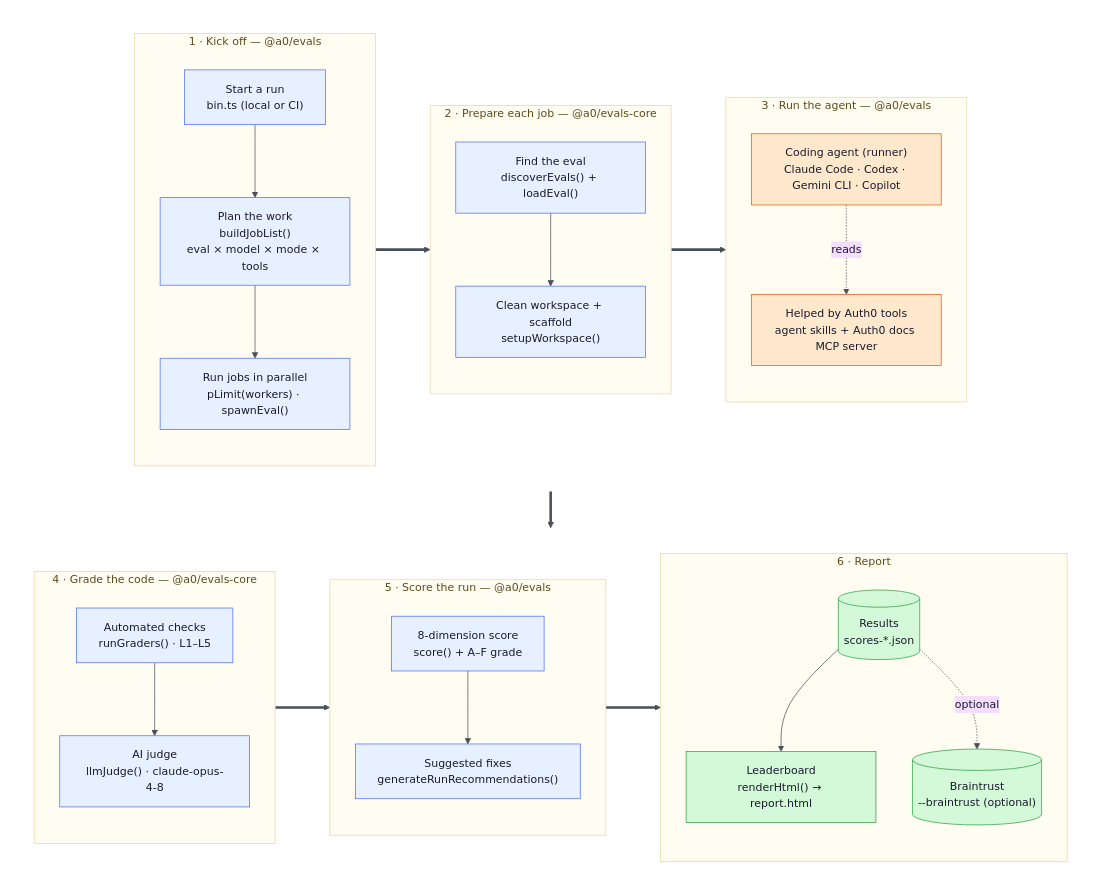
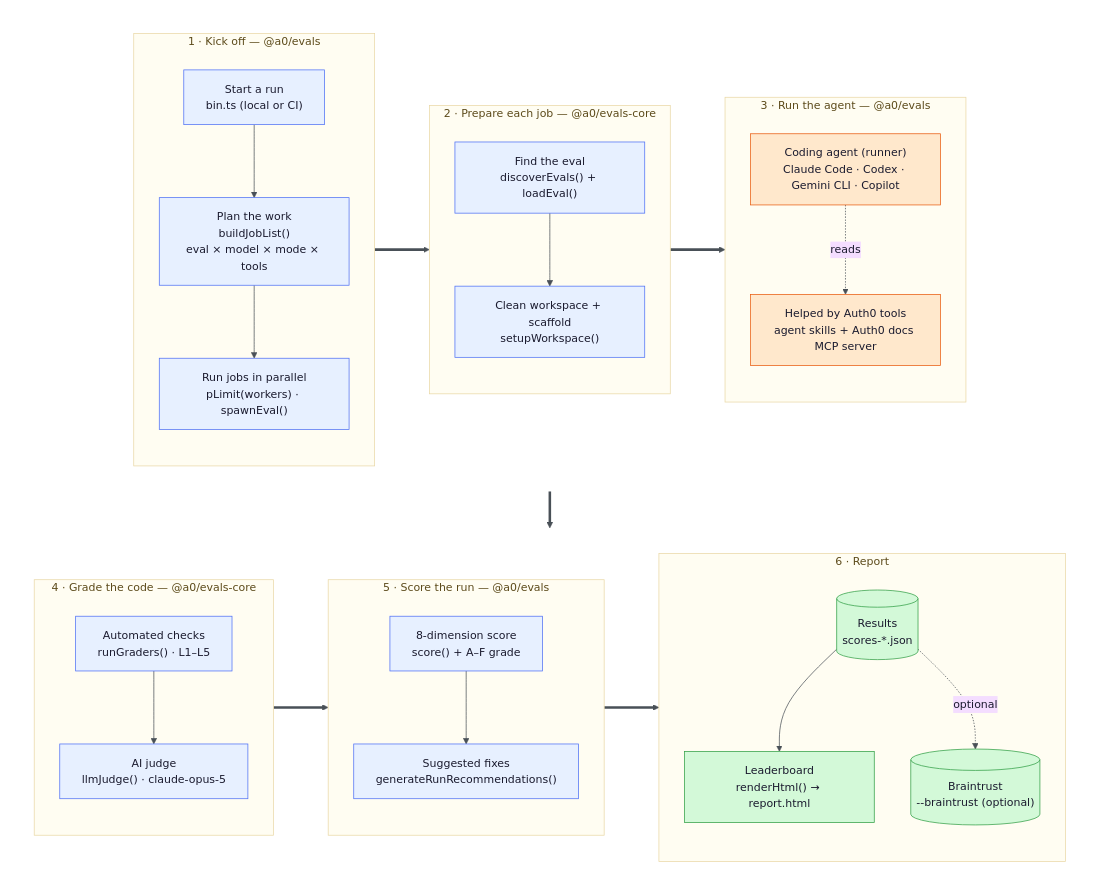
One commit to auth0/auth0-evals changed the first of 2 diagrams in docs/ARCHITECTURE.md. Above: the diagram before and after it, drawn with Mermaid. The commit also changed 9 other files, not shown here.

Commit message:
feat: adopt claude-opus-5 as judge and known model

````diff
--- a/docs/ARCHITECTURE.md
+++ b/docs/ARCHITECTURE.md
@@ -16,77 +16,77 @@
 ```mermaid
 %%{init: {'theme':'base', 'themeVariables': {
   'fontFamily':'ui-sans-serif, system-ui, sans-serif',
   'fontSize':'15px',
   'lineColor':'#495057','primaryTextColor':'#1A1A2E'
 }}}%%
 flowchart TB
     subgraph RowA[" "]
         direction LR
         subgraph CLI["1 · Kick off — @a0/evals"]
             direction TB
             Bin["Start a run<br/>bin.ts (local or CI)"]
             Matrix["Plan the work<br/>buildJobList()<br/>eval × model × mode × tools"]
             Pool["Run jobs in parallel<br/>pLimit(workers) · spawnEval()"]
             Bin --> Matrix --> Pool
         end
 
         subgraph Setup["2 · Prepare each job — @a0/evals-core"]
             direction TB
             Discover["Find the eval<br/>discoverEvals() + loadEval()"]
             WS["Clean workspace + scaffold<br/>setupWorkspace()"]
             Discover --> WS
         end
 
         subgraph Exec["3 · Run the agent — @a0/evals"]
             direction TB
             Runners["Coding agent (runner)<br/>Claude Code · Codex · Gemini CLI · Copilot"]
             Invest["Helped by Auth0 tools<br/>agent skills + Auth0 docs MCP server"]
             Runners -. reads .-> Invest
         end
     end
 
     subgraph RowB[" "]
         direction LR
         subgraph Grade["4 · Grade the code — @a0/evals-core"]
             direction TB
             Engine["Automated checks<br/>runGraders() · L1–L5"]
-            Judge["AI judge<br/>llmJudge() · claude-opus-4-8"]
+            Judge["AI judge<br/>llmJudge() · claude-opus-5"]
             Engine --> Judge
         end
 
         subgraph Score["5 · Score the run — @a0/evals"]
             direction TB
             Scorer["8-dimension score<br/>score() + A–F grade"]
             Recs["Suggested fixes<br/>generateRunRecommendations()"]
             Scorer --> Recs
         end
 
         subgraph Storage["6 · Report"]
             direction TB
             Results[("Results<br/>scores-*.json")]
             Report["Leaderboard<br/>renderHtml() → report.html"]
             BT[("Braintrust<br/>--braintrust (optional)")]
             Results --> Report
             Results -. optional .-> BT
         end
     end
 
     Pool ==> Discover
     WS ==> Runners
     Runners ==> Engine
     Judge ==> Scorer
     Recs ==> Results
 
     classDef control fill:#E7F0FF,stroke:#4C6EF5,color:#1A1A2E;
     classDef work    fill:#FFE8CC,stroke:#E8590C,color:#1A1A2E;
     classDef data    fill:#D3F9D8,stroke:#2F9E44,color:#1A1A2E;
 
     class Bin,Matrix,Pool,Discover,WS,Engine,Judge,Scorer,Recs control;
     class Runners,Invest work;
     class Results,Report,BT data;
 
     classDef cluster fill:#FFFDF2,stroke:#E9D8A6,color:#5C4A1A;
     class CLI,Setup,Exec,Grade,Score,Storage cluster;
     style RowA fill:none,stroke:none;
     style RowB fill:none,stroke:none;
 ```
````
